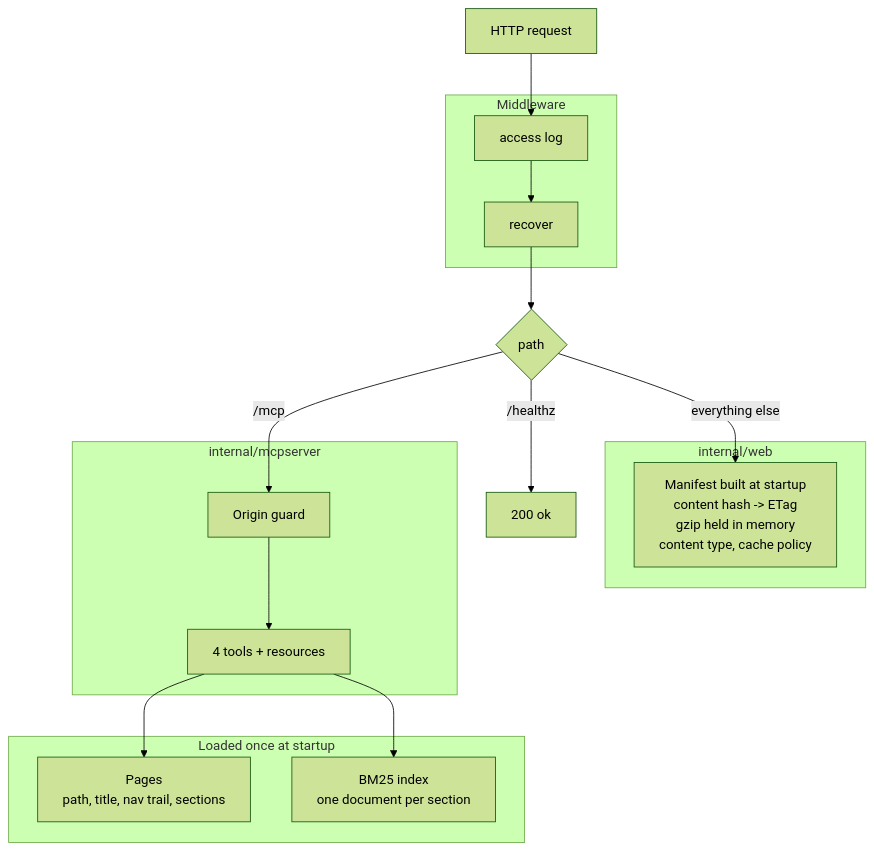
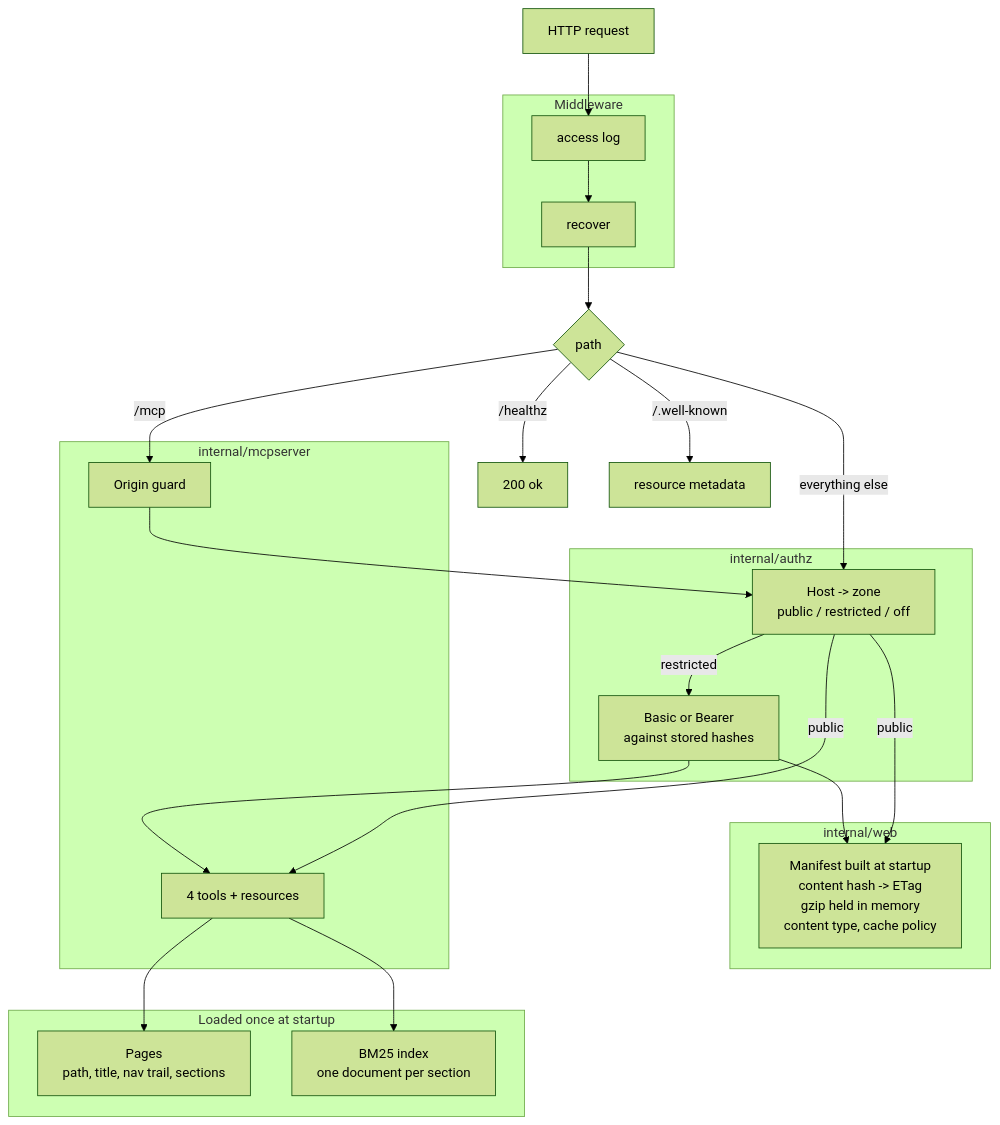
One commit to kinjelom/mkdocsgo changed the second of 3 diagrams in ARCHITECTURE.md. Above: the diagram before and after it, drawn with Mermaid (forest theme). The commit also changed other lines of this file and 20 other files, not shown here.

````diff
--- a/ARCHITECTURE.md
+++ b/ARCHITECTURE.md
@@ -38,32 +38,43 @@
 ```mermaid
 flowchart TB
     req["HTTP request"]
 
     subgraph mw["Middleware"]
         logm["access log"]
         rec["recover"]
     end
 
     mux{"path"}
+
+    subgraph authzp["internal/authz"]
+        zone["Host -> zone<br/>public / restricted / off"]
+        cred["Basic or Bearer<br/>against stored hashes"]
+    end
 
     subgraph websrv["internal/web"]
         manifest["Manifest built at startup<br/>content hash -> ETag<br/>gzip held in memory<br/>content type, cache policy"]
     end
 
     subgraph mcpsrv["internal/mcpserver"]
         guard["Origin guard"]
         tools["4 tools + resources"]
     end
 
     subgraph mem["Loaded once at startup"]
         pages["Pages<br/>path, title, nav trail, sections"]
         idx["BM25 index<br/>one document per section"]
     end
 
     req --> logm --> rec --> mux
     mux -->|/healthz| ok["200 ok"]
-    mux -->|/mcp| guard --> tools
-    mux -->|everything else| manifest
+    mux -->|/.well-known| prm["resource metadata"]
+    mux -->|/mcp| guard --> zone
+    mux -->|everything else| zone
+    zone -->|restricted| cred
+    cred --> manifest
+    cred --> tools
+    zone -->|public| manifest
+    zone -->|public| tools
     tools --> pages
     tools --> idx
 ```
````
